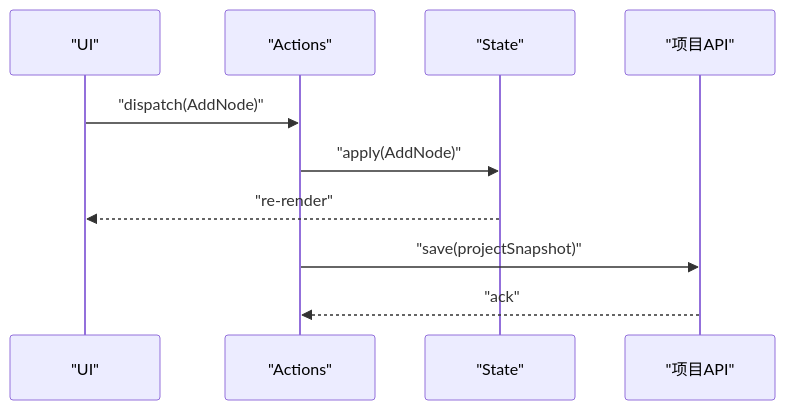
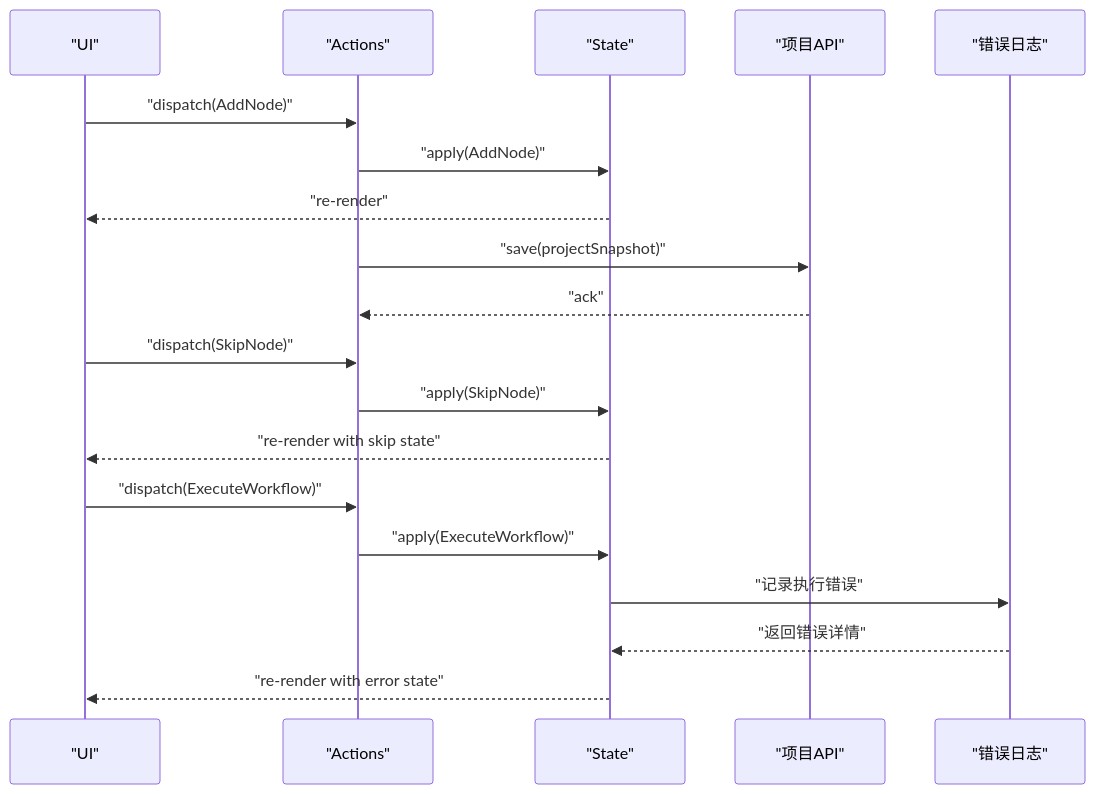
Before and after one commit to scottcwy/PurpleInk: the seventh of 15 diagrams in .qoder/repowiki/zh/content/画布编辑器/画布编辑器.md, drawn with Mermaid. The commit also changed other lines of this file and 109 other files, not shown here.

````diff
--- a/.qoder/repowiki/zh/content/画布编辑器/画布编辑器.md
+++ b/.qoder/repowiki/zh/content/画布编辑器/画布编辑器.md
@@ -330,12 +426,21 @@
 ```mermaid
 sequenceDiagram
 participant UI as "UI"
 participant Actions as "Actions"
 participant State as "State"
 participant API as "项目API"
+participant ErrorLog as "错误日志"
 UI->>Actions : "dispatch(AddNode)"
 Actions->>State : "apply(AddNode)"
 State-->>UI : "re-render"
 Actions->>API : "save(projectSnapshot)"
 API-->>Actions : "ack"
+UI->>Actions : "dispatch(SkipNode)"
+Actions->>State : "apply(SkipNode)"
+State-->>UI : "re-render with skip state"
+UI->>Actions : "dispatch(ExecuteWorkflow)"
+Actions->>State : "apply(ExecuteWorkflow)"
+State->>ErrorLog : "记录执行错误"
+ErrorLog-->>State : "返回错误详情"
+State-->>UI : "re-render with error state"
 ```
````
